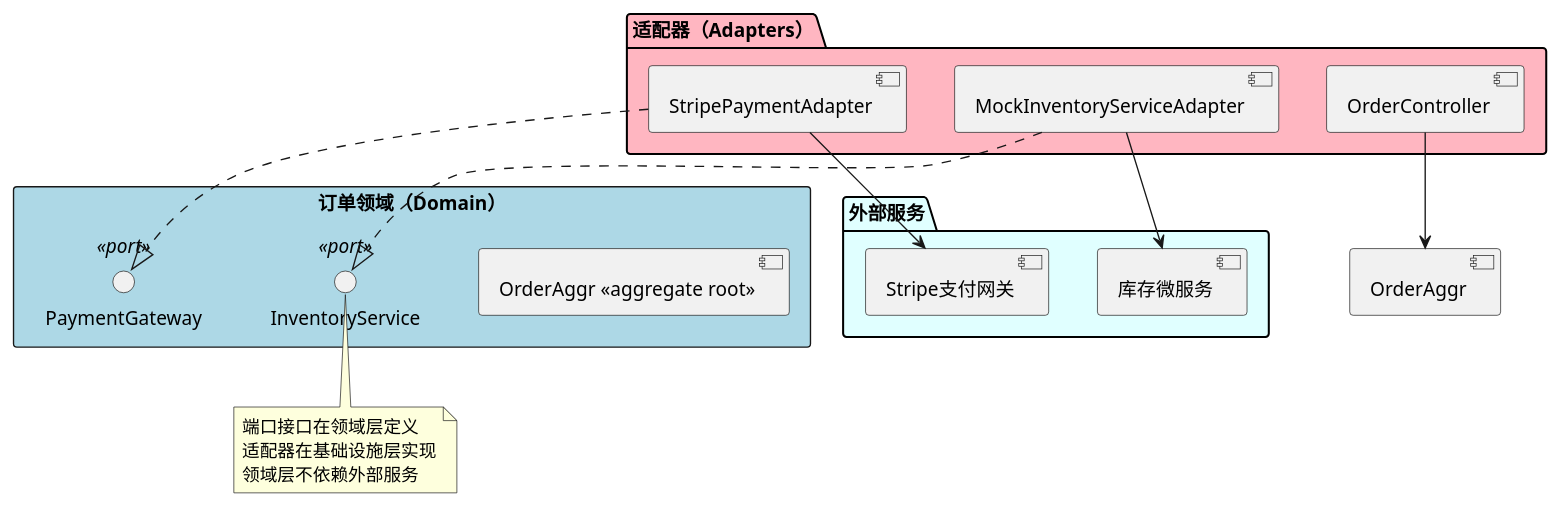
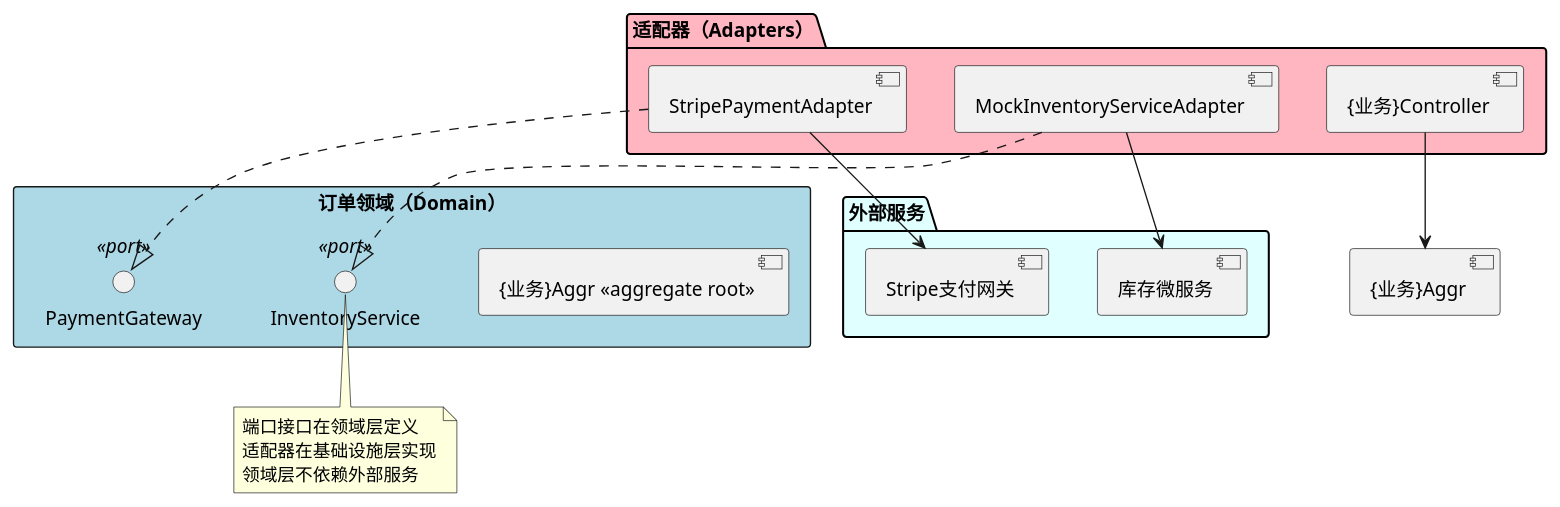
The ninth of 14 diagrams in README.md (LeoNardo-LB/web-quick-start-domain), drawn with PlantUML before and after one commit. The commit also changed other lines of this file and 8 other files, not shown here.

````diff
--- a/README.md
+++ b/README.md
@@ -1570,31 +1673,31 @@
 ```plantuml
 @startuml 六边形架构
 rectangle "订单领域（Domain）" #LightBlue {
-  [OrderAggr <<aggregate root>>]
+  [{业务}Aggr <<aggregate root>>]
   interface InventoryService <<port>>
   interface PaymentGateway <<port>>
 }
 
 package "适配器（Adapters）" #LightPink {
   [MockInventoryServiceAdapter] ..|> InventoryService
   [StripePaymentAdapter] ..|> PaymentGateway
-  [OrderController] as WebAdapter
+  [{业务}Controller] as WebAdapter
 }
 
 package "外部服务" #LightCyan {
   [库存微服务]
   [Stripe支付网关]
 }
 
 [MockInventoryServiceAdapter] --> [库存微服务]
 [StripePaymentAdapter] --> [Stripe支付网关]
-[WebAdapter] --> [OrderAggr]
+[WebAdapter] --> [{业务}Aggr]
 
 note bottom of InventoryService
   端口接口在领域层定义
   适配器在基础设施层实现
   领域层不依赖外部服务
 end note
 
 @enduml
 ```
````
